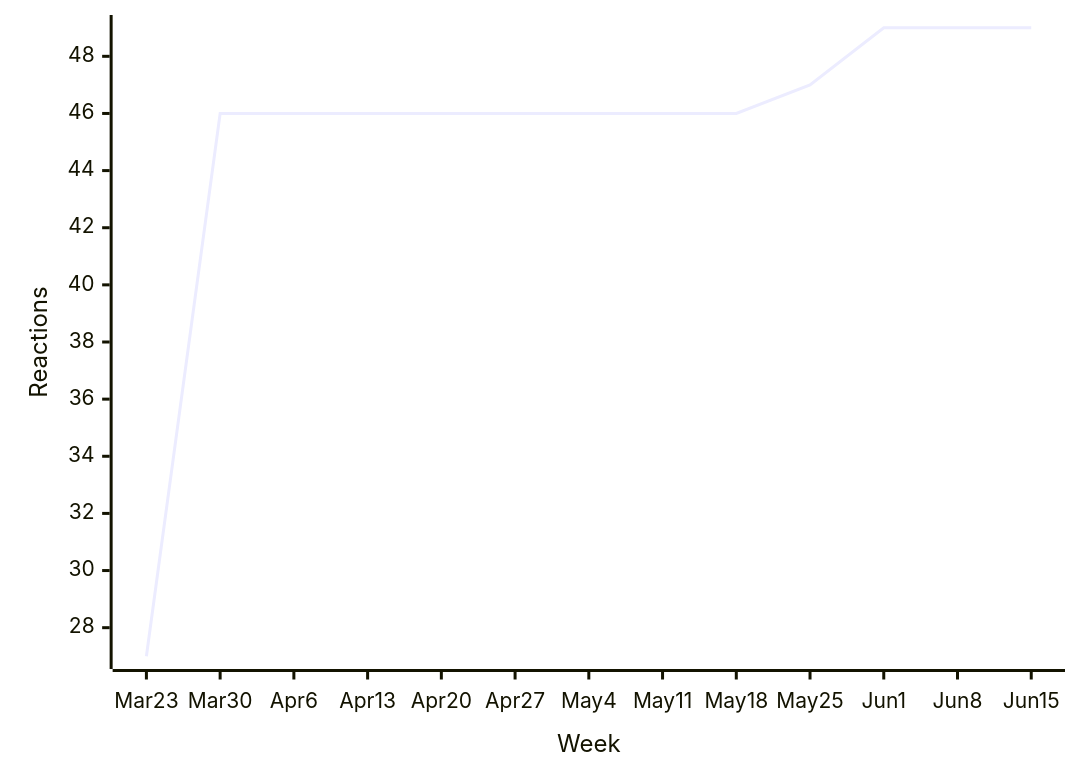
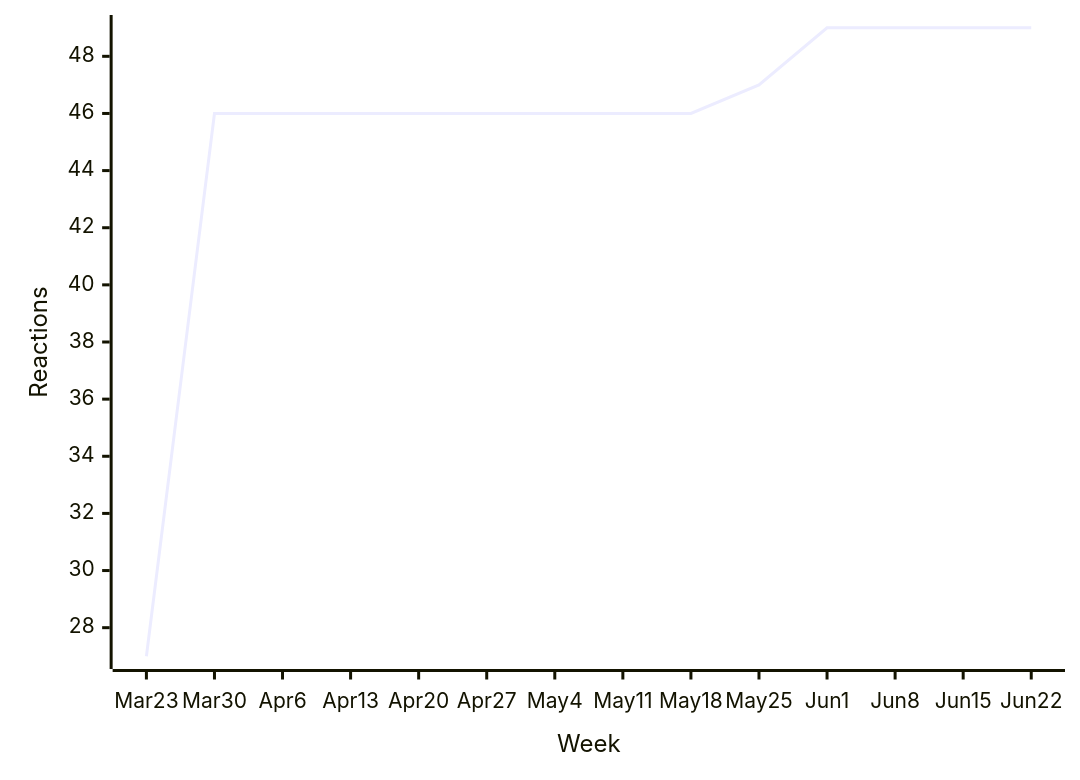
The seventh of 50 diagrams in README.md (loic-sharma/github-insights), drawn with Mermaid before and after one commit. The commit also changed other lines of this file and 3 other files, not shown here.

````diff
--- a/README.md
+++ b/README.md
@@ -441,6 +441,6 @@
   ```mermaid
   xychart-beta
-    x-axis "Week" [Mar 23, Mar 30, Apr 6, Apr 13, Apr 20, Apr 27, May 4, May 11, May 18, May 25, Jun 1, Jun 8, Jun 15]
+    x-axis "Week" [Mar 23, Mar 30, Apr 6, Apr 13, Apr 20, Apr 27, May 4, May 11, May 18, May 25, Jun 1, Jun 8, Jun 15, Jun 22]
     y-axis "Reactions"
-    line [27, 46, 46, 46, 46, 46, 46, 46, 46, 47, 49, 49, 49]
+    line [27, 46, 46, 46, 46, 46, 46, 46, 46, 47, 49, 49, 49, 49]
   ```
````
